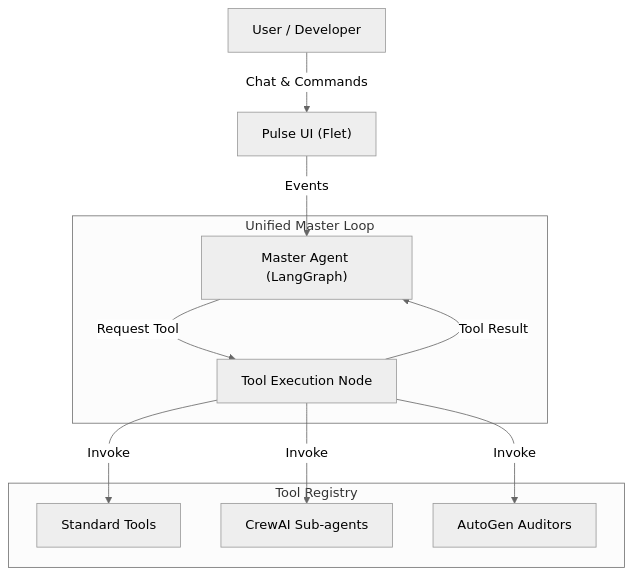
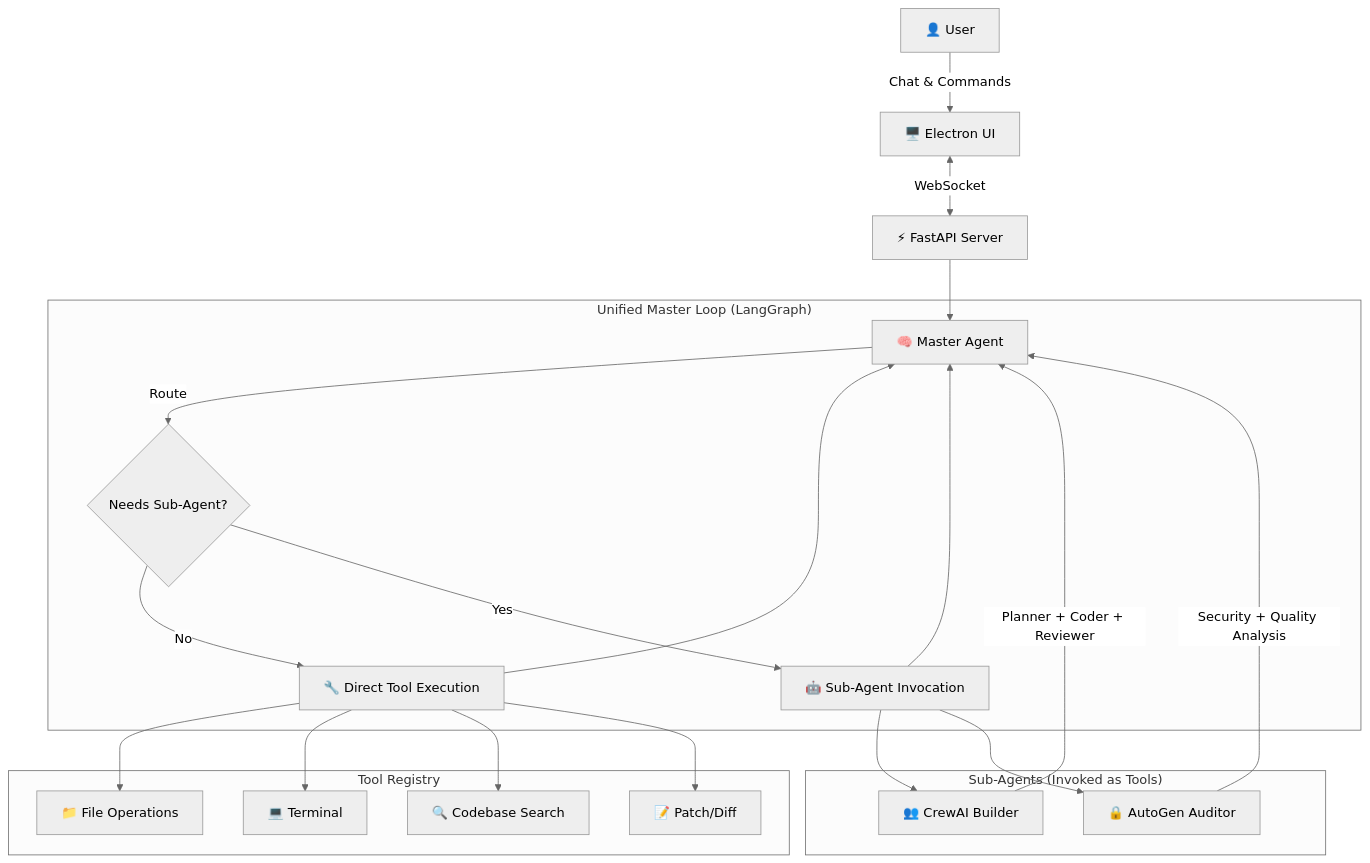
The diagram in README.md (Kathan03/Pulse-Agentic_IDE), drawn with Mermaid (neutral theme) before and after one commit. The commit also changed other lines of this file and 10 other files, not shown here.

````diff
--- a/README.md
+++ b/README.md
@@ -71,16 +129,29 @@
 ```mermaid
 graph TD
-    User["User / Developer"] -->|Chat & Commands| UI["Pulse UI (Flet)"]
-    UI -->|Events| Master["Master Agent (LangGraph)"]
+    User["👤 User"] -->|Chat & Commands| UI["🖥️ Electron UI"]
+    UI <-->|WebSocket| Server["⚡ FastAPI Server"]
+    Server --> Master["🧠 Master Agent"]
 
-    subgraph "Unified Master Loop"
-        Master -->|Request Tool| Exec["Tool Execution Node"]
-        Exec -->|Tool Result| Master
+    subgraph "Unified Master Loop (LangGraph)"
+        Master -->|Route| Decision{Needs Sub-Agent?}
+        Decision -->|No| Tools["🔧 Direct Tool Execution"]
+        Decision -->|Yes| SubAgents["🤖 Sub-Agent Invocation"]
+        Tools --> Master
+        SubAgents --> Master
     end
 
     subgraph "Tool Registry"
-        Exec -->|Invoke| Tools["Standard Tools"]
-        Exec -->|Invoke| Crew["CrewAI Sub-agents"]
-        Exec -->|Invoke| AutoGen["AutoGen Auditors"]
+        Tools --> FileOps["📁 File Operations"]
+        Tools --> Terminal["💻 Terminal"]
+        Tools --> Search["🔍 Codebase Search"]
+        Tools --> Patch["📝 Patch/Diff"]
     end
+
+    subgraph "Sub-Agents (Invoked as Tools)"
+        SubAgents --> CrewAI["👥 CrewAI Builder"]
+        SubAgents --> AutoGen["🔒 AutoGen Auditor"]
+    end
+
+    CrewAI --> |Planner + Coder + Reviewer| Master
+    AutoGen --> |Security + Quality Analysis| Master
 ```
````
